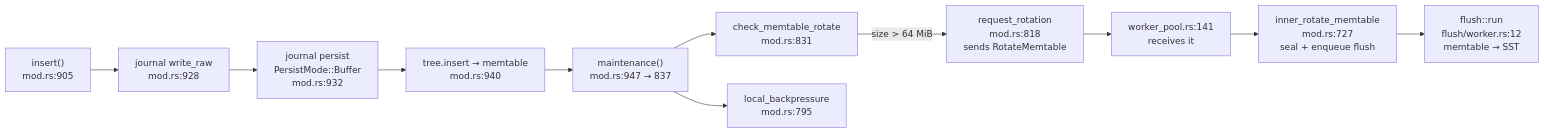
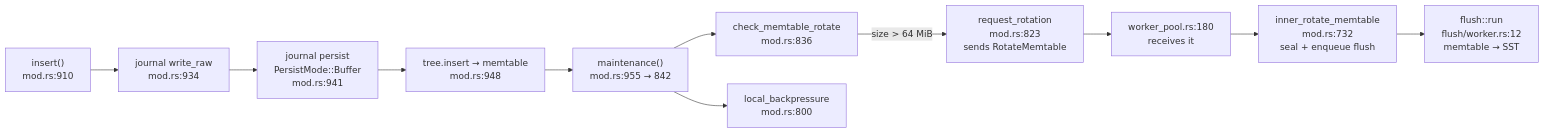
One commit to AviAvni/database-learning-path changed the diagram in topics/01-storage-engine-landscape/reading-fjall.md. Above: the diagram before and after it, drawn with Mermaid. The commit also changed other lines of this file and 26 other files, not shown here.

````diff
--- a/topics/01-storage-engine-landscape/reading-fjall.md
+++ b/topics/01-storage-engine-landscape/reading-fjall.md
@@ -353,13 +385,13 @@
 ```mermaid
 flowchart LR
-    I["insert()<br/>mod.rs:905"] --> J["journal write_raw<br/>mod.rs:928"]
-    J --> P["journal persist<br/>PersistMode::Buffer<br/>mod.rs:932"]
-    P --> M["tree.insert → memtable<br/>mod.rs:940"]
-    M --> A["maintenance()<br/>mod.rs:947 → 837"]
-    A --> C["check_memtable_rotate<br/>mod.rs:831"]
-    A --> B["local_backpressure<br/>mod.rs:795"]
-    C -- "size > 64 MiB" --> R["request_rotation<br/>mod.rs:818<br/>sends RotateMemtable"]
-    R --> W["worker_pool.rs:141<br/>receives it"]
-    W --> S["inner_rotate_memtable<br/>mod.rs:727<br/>seal + enqueue flush"]
+    I["insert()<br/>mod.rs:910"] --> J["journal write_raw<br/>mod.rs:934"]
+    J --> P["journal persist<br/>PersistMode::Buffer<br/>mod.rs:941"]
+    P --> M["tree.insert → memtable<br/>mod.rs:948"]
+    M --> A["maintenance()<br/>mod.rs:955 → 842"]
+    A --> C["check_memtable_rotate<br/>mod.rs:836"]
+    A --> B["local_backpressure<br/>mod.rs:800"]
+    C -- "size > 64 MiB" --> R["request_rotation<br/>mod.rs:823<br/>sends RotateMemtable"]
+    R --> W["worker_pool.rs:180<br/>receives it"]
+    W --> S["inner_rotate_memtable<br/>mod.rs:732<br/>seal + enqueue flush"]
     S --> F["flush::run<br/>flush/worker.rs:12<br/>memtable → SST"]
 ```
````
